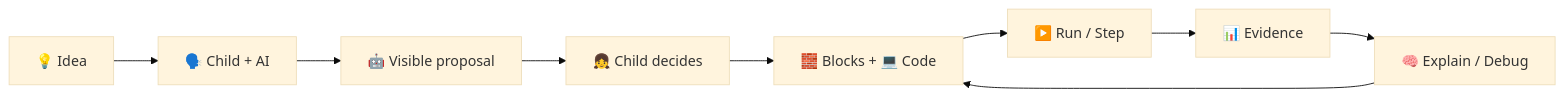
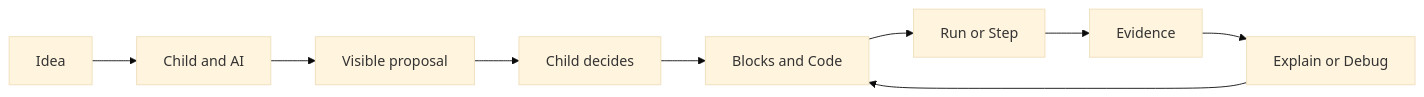
Diagram 16 of 16 in README.md (Modern-Ash/agorix), drawn with Mermaid (base theme) before and after one commit. The commit also changed other lines of this file, not shown here.

Commit message:
docs: make Mermaid diagrams GitHub-safe

````diff
--- a/README.md
+++ b/README.md
@@ -858,11 +815,11 @@
 ```mermaid
 flowchart LR
-    IDEA["💡 Idea"] --> TALK["🗣️ Child + AI"]
-    TALK --> PROPOSE["🤖 Visible proposal"]
-    PROPOSE --> DECIDE["👧 Child decides"]
-    DECIDE --> CODE["🧱 Blocks + 💻 Code"]
-    CODE --> RUN["▶️ Run / Step"]
-    RUN --> EVID["📊 Evidence"]
-    EVID --> THINK["🧠 Explain / Debug"]
+    IDEA[Idea] --> TALK[Child and AI]
+    TALK --> PROPOSE[Visible proposal]
+    PROPOSE --> DECIDE[Child decides]
+    DECIDE --> CODE[Blocks and Code]
+    CODE --> RUN[Run or Step]
+    RUN --> EVID[Evidence]
+    EVID --> THINK[Explain or Debug]
     THINK --> CODE
 ```
````
